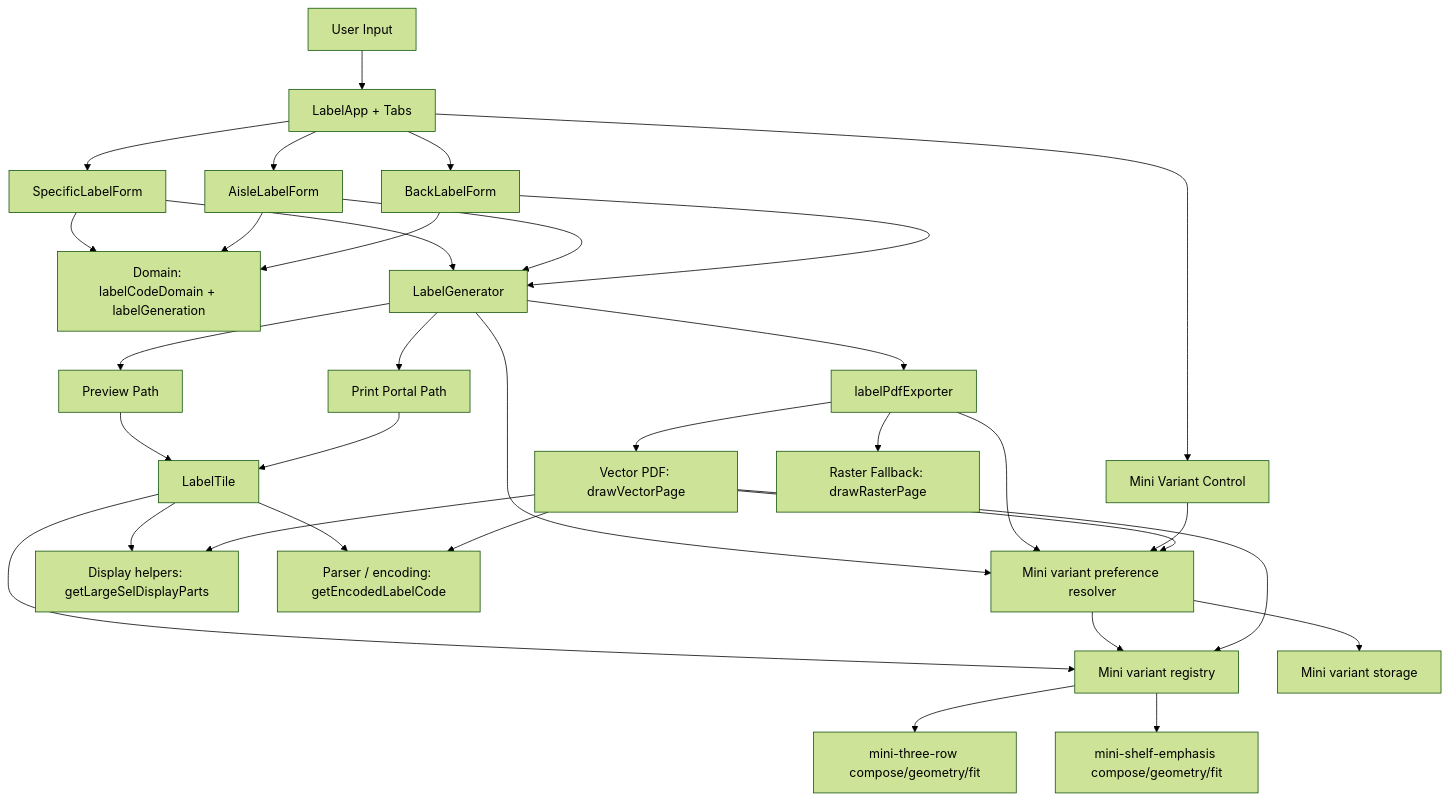
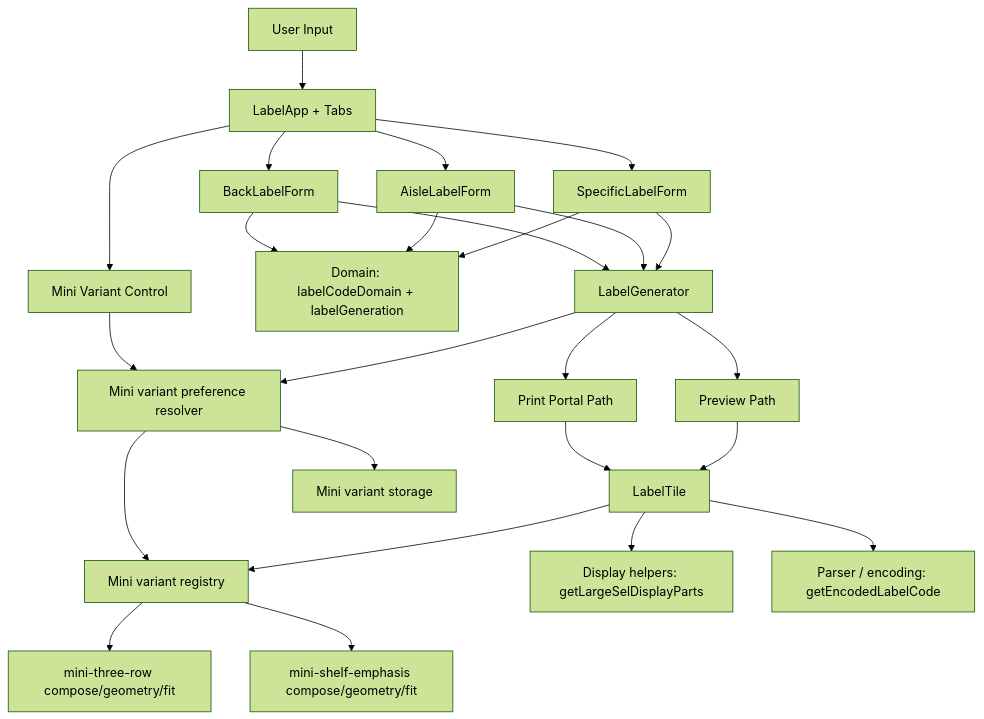
The diagram in README.md (TonyGorman/sel-generator), drawn with Mermaid (forest theme) before and after one commit. The commit also changed other lines of this file and 23 other files, not shown here.

````diff
--- a/README.md
+++ b/README.md
@@ -64,40 +57,31 @@
 ```mermaid
 flowchart TD
   U[User Input] --> A[LabelApp + Tabs]
   A --> MVU[Mini Variant Control]
   A --> SF[SpecificLabelForm]
   A --> AF[AisleLabelForm]
   A --> BF[BackLabelForm]
 
   SF --> DG[Domain: labelCodeDomain + labelGeneration]
   AF --> DG
   BF --> DG
 
   SF --> LG[LabelGenerator]
   AF --> LG
   BF --> LG
 
   LG --> PL[Preview Path]
   LG --> PR[Print Portal Path]
-  LG --> EX[labelPdfExporter]
 
   PL --> LT[LabelTile]
   PR --> LT
     LT --> MR[Mini variant registry]
     LG --> MP[Mini variant preference resolver]
-   EX --> MP
     MP --> ST[Mini variant storage]
    MP --> MR
    MVU --> MP
    MR --> M3[mini-three-row compose/geometry/fit]
    MR --> MS[mini-shelf-emphasis compose/geometry/fit]
     LT --> DH[Display helpers: getLargeSelDisplayParts]
     LT --> D2[Parser / encoding: getEncodedLabelCode]
-
-  EX --> VP[Vector PDF: drawVectorPage]
-  EX --> RF[Raster Fallback: drawRasterPage]
-   VP --> MR
-   VP --> MP
-   VP --> DH
-  VP --> D2
 ```
````
